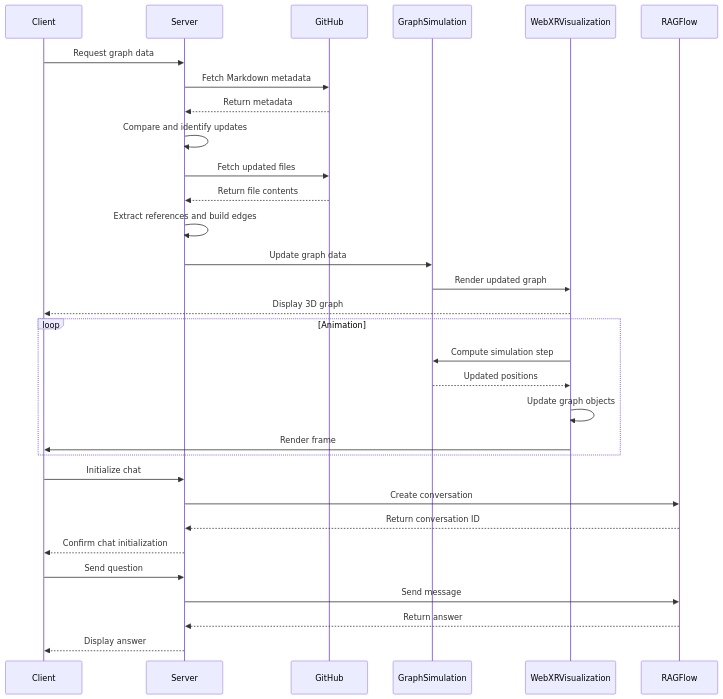
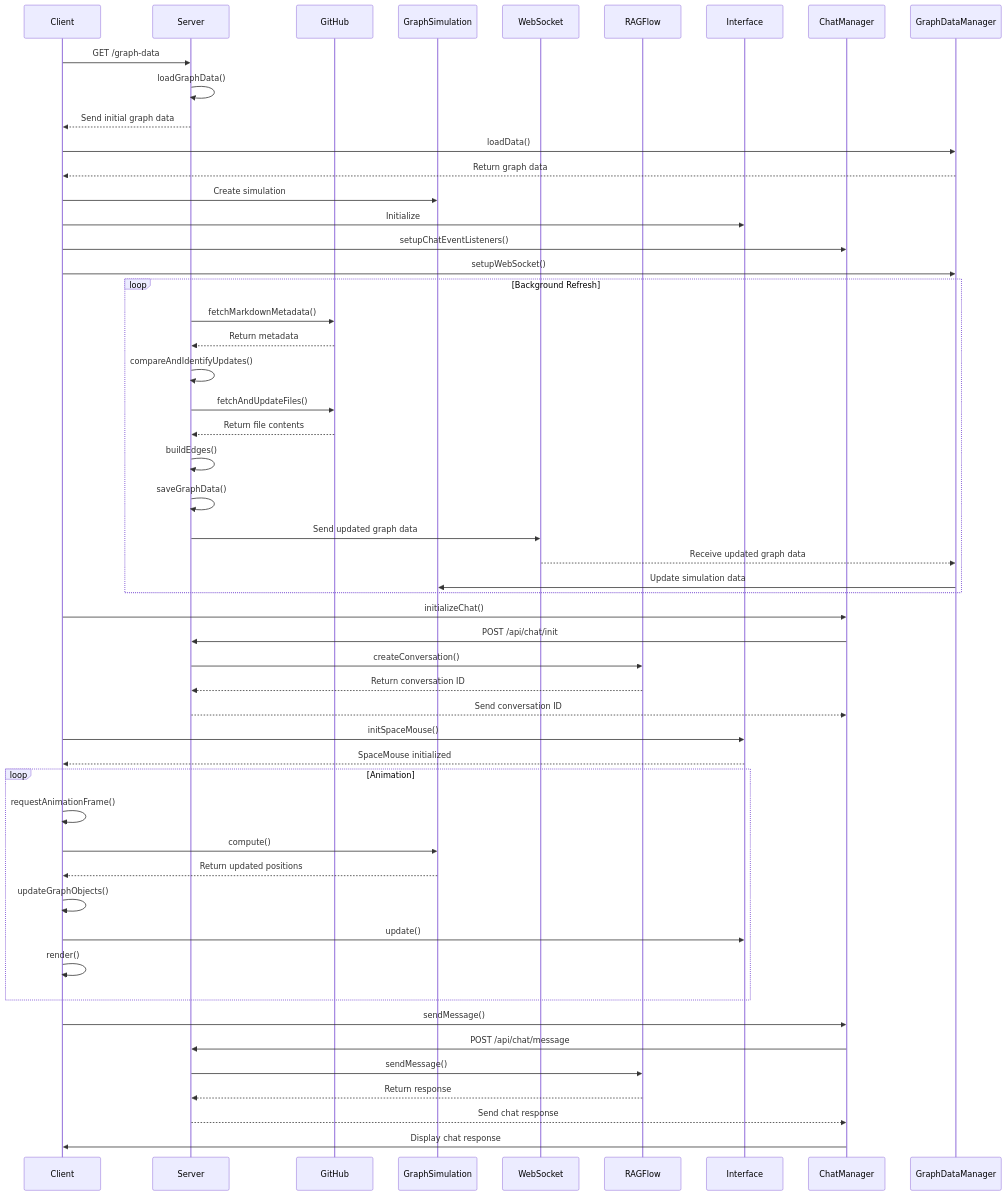
One commit to MITIH-Dreamlab/JingSpringThing changed the second of 2 diagrams in README.md. Above: the diagram before and after it, drawn with Mermaid. The commit also changed other lines of this file, not shown here.

````diff
--- a/README.md
+++ b/README.md
@@ -119,33 +175,61 @@
 ```mermaid
 sequenceDiagram
     participant Client
     participant Server
     participant GitHub
     participant GraphSimulation
-    participant WebXRVisualization
+    participant WebSocket
     participant RAGFlow
-    Client->>Server: Request graph data
-    Server->>GitHub: Fetch Markdown metadata
-    GitHub-->>Server: Return metadata
-    Server->>Server: Compare and identify updates
-    Server->>GitHub: Fetch updated files
-    GitHub-->>Server: Return file contents
-    Server->>Server: Extract references and build edges
-    Server->>GraphSimulation: Update graph data
-    GraphSimulation->>WebXRVisualization: Render updated graph
-    WebXRVisualization-->>Client: Display 3D graph
+    participant Interface
+    participant ChatManager
+    participant GraphDataManager
+
+    Client->>Server: GET /graph-data
+    Server->>Server: loadGraphData()
+    Server-->>Client: Send initial graph data
+    Client->>GraphDataManager: loadData()
+    GraphDataManager-->>Client: Return graph data
+    Client->>GraphSimulation: Create simulation
+    Client->>Interface: Initialize
+    Client->>ChatManager: setupChatEventListeners()
+    Client->>GraphDataManager: setupWebSocket()
+    
+    loop Background Refresh
+        Server->>GitHub: fetchMarkdownMetadata()
+        GitHub-->>Server: Return metadata
+        Server->>Server: compareAndIdentifyUpdates()
+        Server->>GitHub: fetchAndUpdateFiles()
+        GitHub-->>Server: Return file contents
+        Server->>Server: buildEdges()
+        Server->>Server: saveGraphData()
+        Server->>WebSocket: Send updated graph data
+        WebSocket-->>GraphDataManager: Receive updated graph data
+        GraphDataManager->>GraphSimulation: Update simulation data
+    end
+
+    Client->>ChatManager: initializeChat()
+    ChatManager->>Server: POST /api/chat/init
+    Server->>RAGFlow: createConversation()
+    RAGFlow-->>Server: Return conversation ID
+    Server-->>ChatManager: Send conversation ID
+
+    Client->>Interface: initSpaceMouse()
+    Interface-->>Client: SpaceMouse initialized
+
     loop Animation
-        WebXRVisualization->>GraphSimulation: Compute simulation step
-        GraphSimulation-->>WebXRVisualization: Updated positions
-        WebXRVisualization->>WebXRVisualization: Update graph objects
-        WebXRVisualization->>Client: Render frame
+        Client->>Client: requestAnimationFrame()
+        Client->>GraphSimulation: compute()
+        GraphSimulation-->>Client: Return updated positions
+        Client->>Client: updateGraphObjects()
+        Client->>Interface: update()
+        Client->>Client: render()
     end
-    Client->>Server: Initialize chat
-    Server->>RAGFlow: Create conversation
-    RAGFlow-->>Server: Return conversation ID
-    Server-->>Client: Confirm chat initialization
-    Client->>Server: Send question
-    Server->>RAGFlow: Send message
-    RAGFlow-->>Server: Return answer
-    Server-->>Client: Display answer
+
+    Client->>ChatManager: sendMessage()
+    ChatManager->>Server: POST /api/chat/message
+    Server->>RAGFlow: sendMessage()
+    RAGFlow-->>Server: Return response
+    Server-->>ChatManager: Send chat response
+    ChatManager->>Client: Display chat response
+
 ```
````
